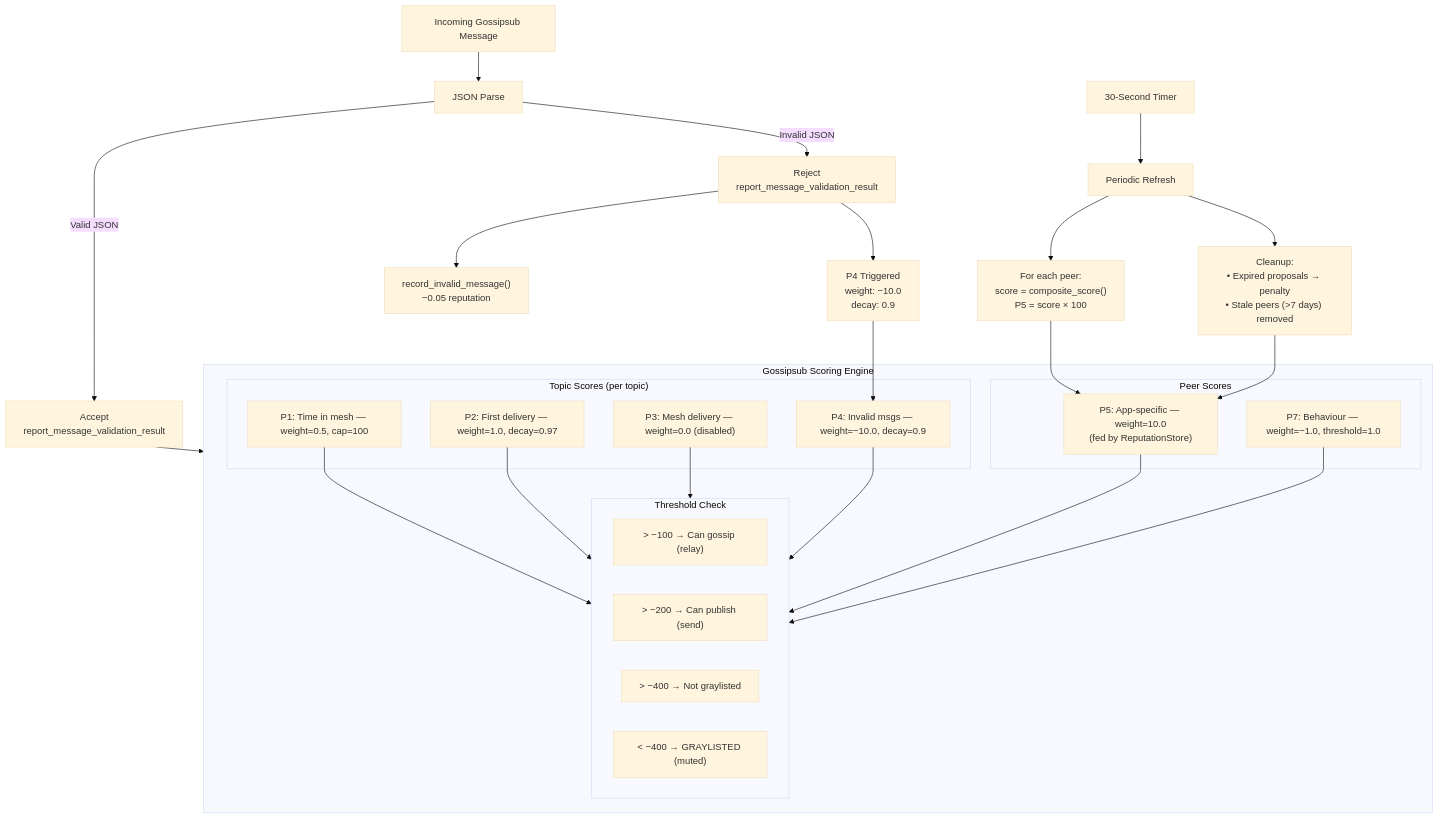
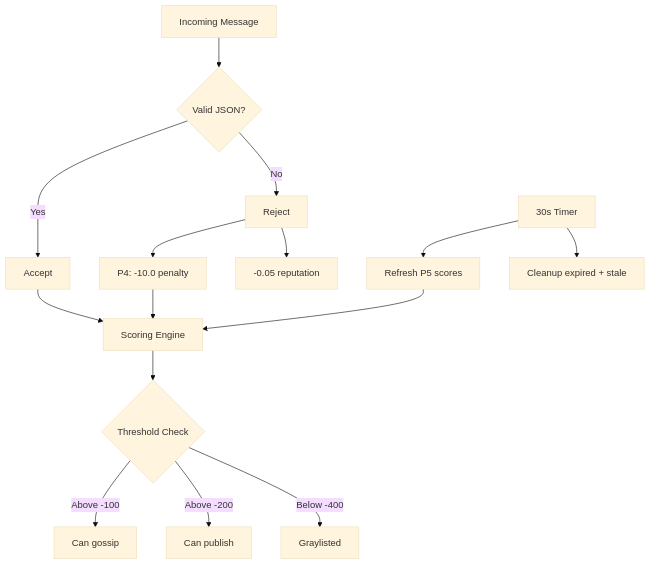
Before and after one commit to Patrick-Ehimen/libp2p-v4-swap-agents: the fourth of 12 diagrams in documentation/architecture.md, drawn with Mermaid (base theme). The commit also changed other lines of this file, not shown here.

First line of the commit message:
fix: simplify Mermaid diagrams for GitHub rendering

````diff
--- a/documentation/architecture.md
+++ b/documentation/architecture.md
@@ -142,45 +95,21 @@
 ```mermaid
 graph TD
-    MSG["Incoming Gossipsub Message"] --> PARSE["JSON Parse"]
-    TIMER["30-Second Timer"] --> REFRESH["Periodic Refresh"]
+    MSG["Incoming Message"] --> PARSE{"Valid JSON?"}
+    PARSE -->|Yes| ACCEPT["Accept"]
+    PARSE -->|No| REJECT["Reject"]
 
-    PARSE -->|Valid JSON| ACCEPT["Accept<br/>report_message_validation_result"]
-    PARSE -->|Invalid JSON| REJECT["Reject<br/>report_message_validation_result"]
+    REJECT --> P4["P4: -10.0 penalty"]
+    REJECT --> REPPEN["-0.05 reputation"]
 
-    REJECT --> P4["P4 Triggered<br/>weight: −10.0<br/>decay: 0.9"]
-    REJECT --> REPPEN["record_invalid_message()<br/>−0.05 reputation"]
+    TIMER["30s Timer"] --> REFRESH["Refresh P5 scores"]
+    TIMER --> CLEANUP["Cleanup expired + stale"]
 
-    REFRESH --> SCORES["For each peer:<br/>score = composite_score()<br/>P5 = score × 100"]
-    REFRESH --> CLEANUP["Cleanup:<br/>• Expired proposals → penalty<br/>• Stale peers (>7 days) removed"]
+    ACCEPT --> ENGINE["Scoring Engine"]
+    P4 --> ENGINE
+    REFRESH --> ENGINE
 
-    subgraph ENGINE["Gossipsub Scoring Engine"]
-        subgraph TOPIC["Topic Scores (per topic)"]
-            TP1["P1: Time in mesh — weight=0.5, cap=100"]
-            TP2["P2: First delivery — weight=1.0, decay=0.97"]
-            TP3["P3: Mesh delivery — weight=0.0 (disabled)"]
-            TP4["P4: Invalid msgs — weight=−10.0, decay=0.9"]
-        end
-        subgraph PEER["Peer Scores"]
-            PP5["P5: App-specific — weight=10.0<br/>(fed by ReputationStore)"]
-            PP7["P7: Behaviour — weight=−1.0, threshold=1.0"]
-        end
-        subgraph THRESH["Threshold Check"]
-            TH1["> −100 → Can gossip (relay)"]
-            TH2["> −200 → Can publish (send)"]
-            TH3["> −400 → Not graylisted"]
-            TH4["< −400 → GRAYLISTED (muted)"]
-        end
-    end
-
-    ACCEPT --> ENGINE
-    P4 --> TP4
-    SCORES --> PP5
-    CLEANUP --> PP5
-
-    TP1 --> THRESH
-    TP2 --> THRESH
-    TP3 --> THRESH
-    TP4 --> THRESH
-    PP5 --> THRESH
-    PP7 --> THRESH
+    ENGINE --> TH{"Threshold Check"}
+    TH -->|"Above -100"| GOSSIP["Can gossip"]
+    TH -->|"Above -200"| PUBLISH["Can publish"]
+    TH -->|"Below -400"| GRAY["Graylisted"]
 ```
````
